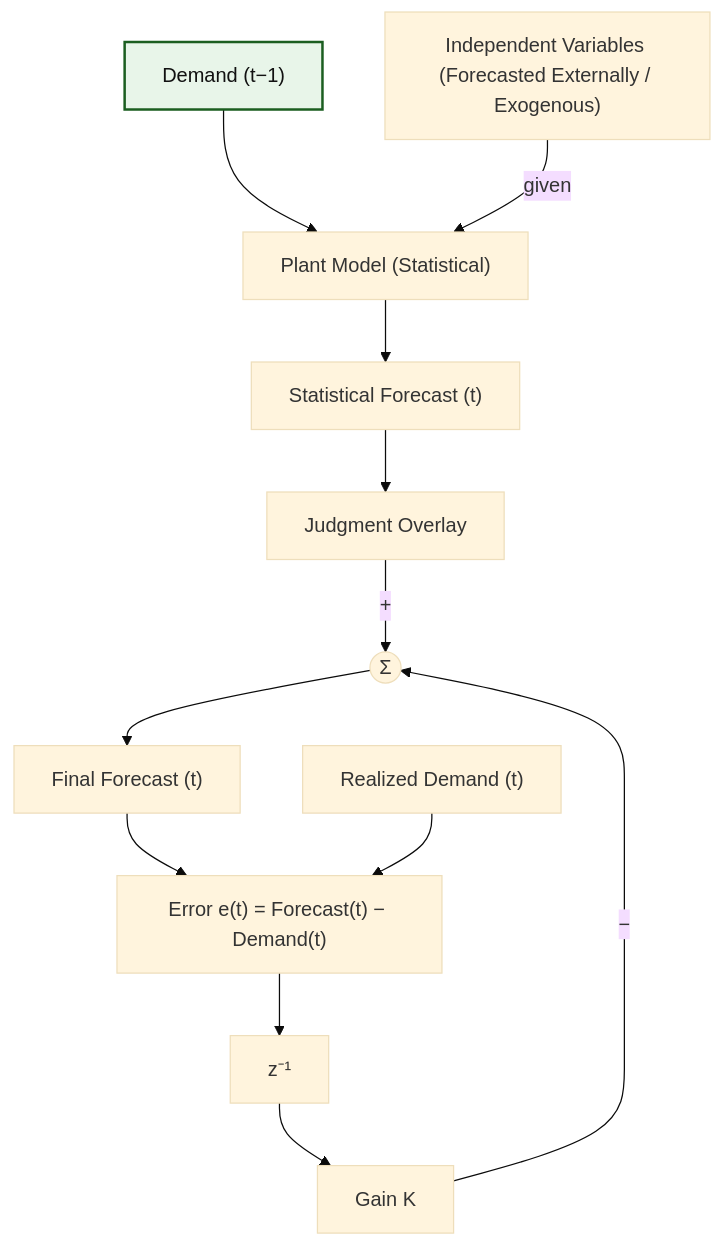
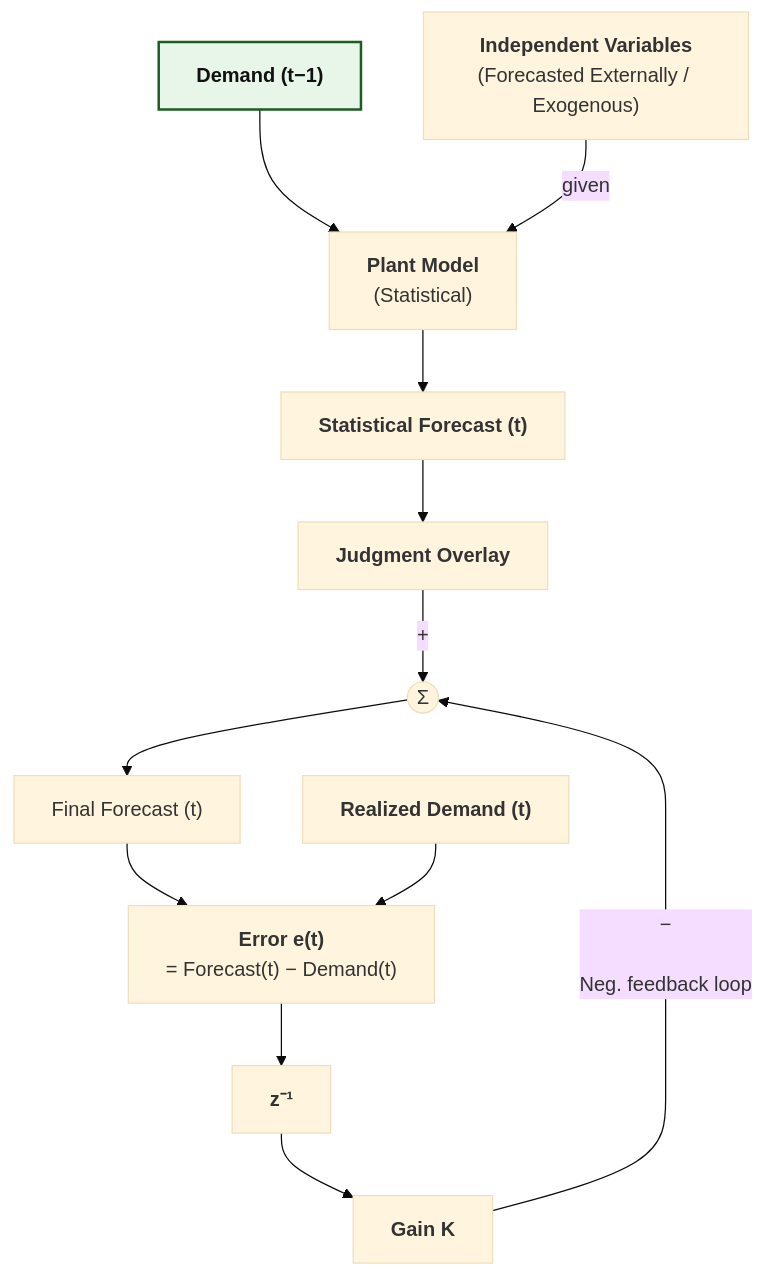
Before and after one commit to Tellusant/docs: the diagram in articles-posts/judgmental-mechanical.md, drawn with Mermaid (base theme).

```diff
--- a/articles-posts/judgmental-mechanical.md
+++ b/articles-posts/judgmental-mechanical.md
@@ -21,50 +21,50 @@
 <div class="mermaid">
   
 flowchart TD
 
 %% ===== Inputs =====
-D1["Demand (t−1)"]:::strong
-X["Independent Variables (Forecasted Externally / Exogenous)"]
+D1["`**Demand (t−1)**`"]:::strong
+X["`**Independent Variables**<br/>(Forecasted Externally / Exogenous)`"]
 
 %% ===== Baseline model =====
-M["Plant Model (Statistical)"]
-S["Statistical Forecast (t)"]
+M["`**Plant Model**<br/>(Statistical)`"]
+S["`**Statistical Forecast (t)**`"]
 
 %% ===== Judgment and correction =====
-J["Judgment Overlay"]
+J["`**Judgment Overlay**`"]
 Sum((Σ))
-K["Gain K"]
-F["Final Forecast (t)"]
+K["`**Gain K**`"]
+F["`Final Forecast (t)`"]
 
 %% ===== Realized demand =====
-R["Realized Demand (t)"]
+R["`**Realized Demand (t)**`"]
 
 %% ===== Error and delay =====
-E["Error e(t) = Forecast(t) − Demand(t)"]
-Delay["z⁻¹"]
+E["`**Error e(t)**<br/>= Forecast(t) − Demand(t)`"]
+Delay["`**z⁻¹**`"]
 
 %% ===== Forward path =====
 D1 --> M
 X -->|given| M
 M --> S
 S --> J
 J -->|+| Sum
 Sum --> F
 
 %% ===== Error computation =====
 F --> E
 R --> E
 
 %% ===== Feedback =====
 E --> Delay
 Delay --> K
-K -->|−| Sum
+K -->|−<br/><br/>Neg. feedback loop| Sum
 
 %% ========= STYLES =========
 classDef strong  fill:#E8F5E9,stroke:#1B5E20,stroke-width:2px,color:#111;
 classDef neutral fill:#E3F2FD,stroke:#0D47A1,stroke-width:2px,color:#111;
 classDef mixed   fill:#FFF8E1,stroke:#FF6F00,stroke-width:2px,color:#111;
 classDef risk    fill:#FDECEA,stroke:#B71C1C,stroke-width:2px,color:#111;
 classDef summary fill:#F5F5F5,stroke:#424242,stroke-width:2px,color:#111;
 
 </div>
```
